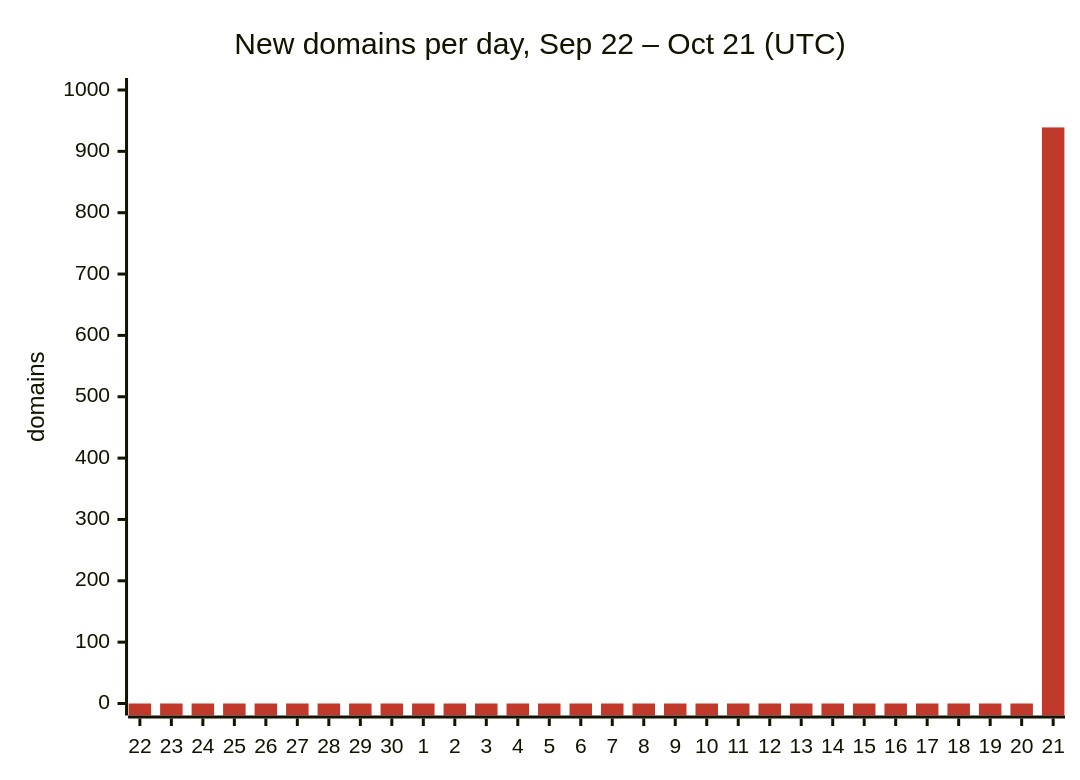
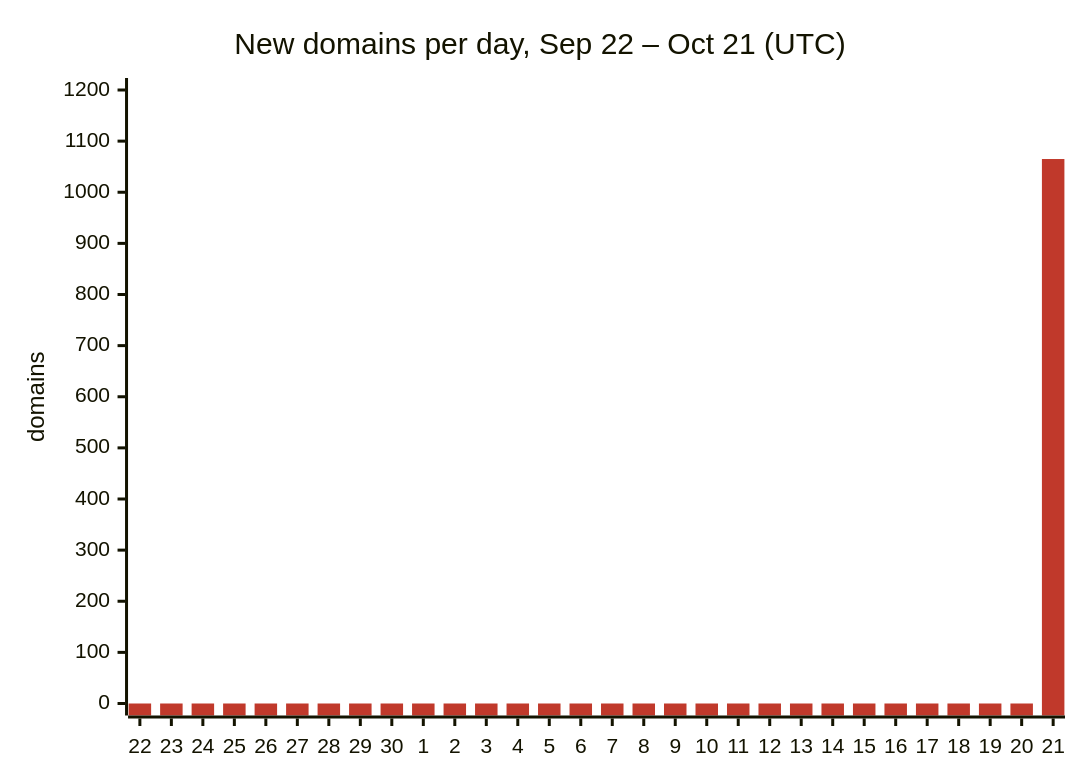
Before and after one commit to DNSBunker/CTI: the first of 2 diagrams in README.md, drawn with Mermaid. The commit also changed other lines of this file and 3 other files, not shown here.

````diff
--- a/README.md
+++ b/README.md
@@ -29,8 +29,8 @@
 ```mermaid
 %%{init: {"themeVariables": {"xyChart": {"plotColorPalette": "#c0392b"}}}}%%
 xychart-beta
     title "New domains per day, Sep 22 – Oct 21 (UTC)"
     x-axis ["22", "23", "24", "25", "26", "27", "28", "29", "30", "1", "2", "3", "4", "5", "6", "7", "8", "9", "10", "11", "12", "13", "14", "15", "16", "17", "18", "19", "20", "21"]
-    y-axis "domains" 0 --> 1000
-    bar [0, 0, 0, 0, 0, 0, 0, 0, 0, 0, 0, 0, 0, 0, 0, 0, 0, 0, 0, 0, 0, 0, 0, 0, 0, 0, 0, 0, 0, 939]
+    y-axis "domains" 0 --> 1200
+    bar [0, 0, 0, 0, 0, 0, 0, 0, 0, 0, 0, 0, 0, 0, 0, 0, 0, 0, 0, 0, 0, 0, 0, 0, 0, 0, 0, 0, 0, 1065]
 ```
````
